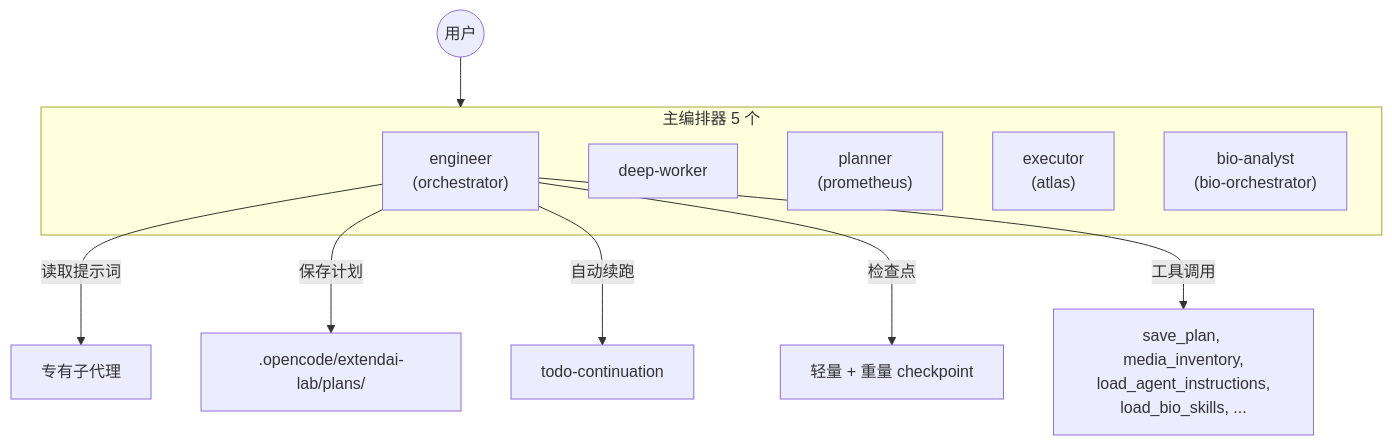
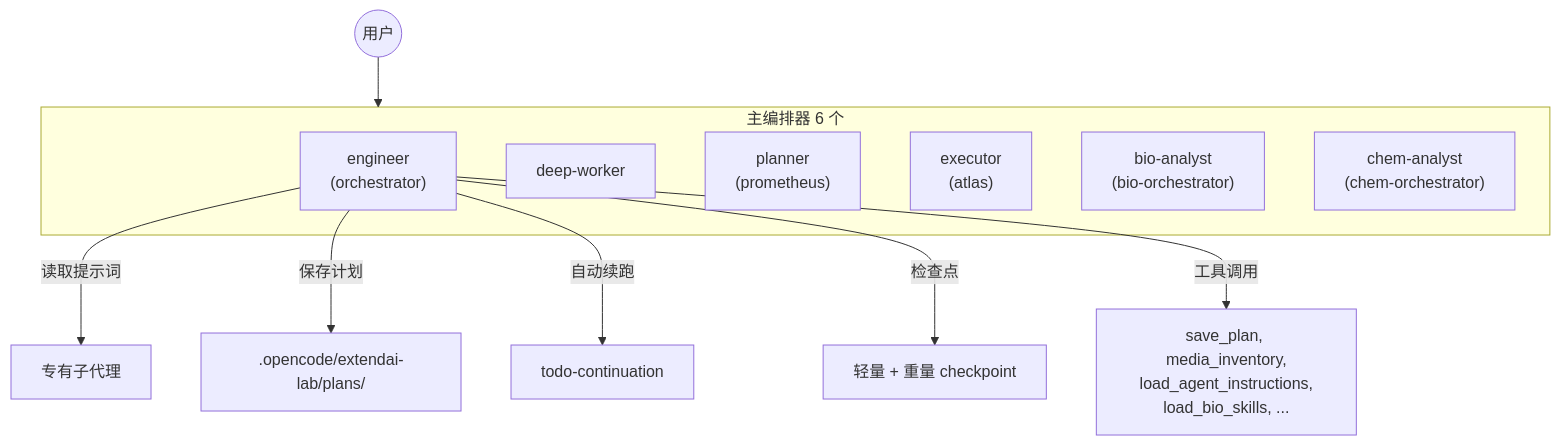
Before and after one commit to BOHUYESHAN-APB/openagent-labforge-bio: the diagram in README.zh-CN.md, drawn with Mermaid. The commit also changed other lines of this file and 591 other files, not shown here.

````diff
--- a/README.zh-CN.md
+++ b/README.zh-CN.md
@@ -22,18 +22,19 @@
 ```mermaid
 graph TB
     U((用户)) --> P
 
-    subgraph P[主编排器 5 个]
+    subgraph P[主编排器 6 个]
         O["engineer<br/>(orchestrator)"]
         DW["deep-worker"]
         PL["planner<br/>(prometheus)"]
         AT["executor<br/>(atlas)"]
         BO["bio-analyst<br/>(bio-orchestrator)"]
+        CO["chem-analyst<br/>(chem-orchestrator)"]
     end
 
     O -->|读取提示词| SG[专有子代理]
     O -->|保存计划| SP[.opencode/extendai-lab/plans/]
     O -->|自动续跑| AC[todo-continuation]
     O -->|检查点| CK[轻量 + 重量 checkpoint]
     O -->|工具调用| TL[save_plan, media_inventory,<br/>load_agent_instructions,<br/>load_bio_skills, ...]
 ```
````
